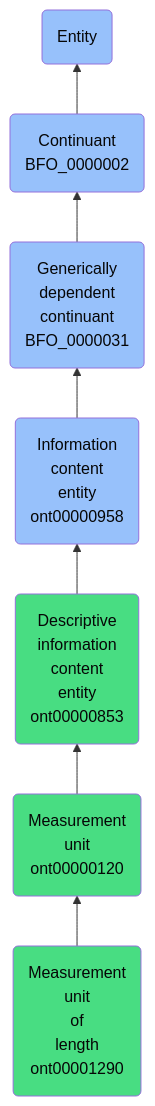
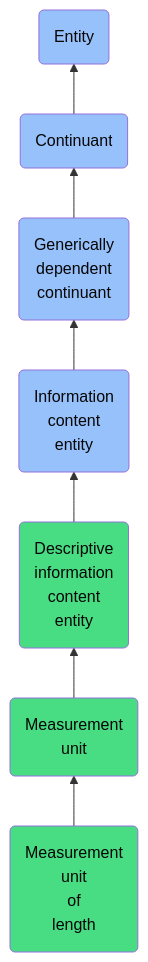
The diagram in docs/ontology/reference/model/Entity/Continuant/Generically dependent continuant/Information content entity/Descriptive information content entity/Measurement unit/Measurement unit of length/Measurement unit of length.md (jupyter-naas/abi), drawn with Mermaid before and after one commit. The commit also changed other lines of this file and 1430 other files, not shown here.

````diff
--- a/docs/ontology/reference/model/Entity/Continuant/Generically dependent continuant/Information content entity/Descriptive information content entity/Measurement unit/Measurement unit of length/Measurement unit of length.md
+++ b/docs/ontology/reference/model/Entity/Continuant/Generically dependent continuant/Information content entity/Descriptive information content entity/Measurement unit/Measurement unit of length/Measurement unit of length.md
@@ -24,14 +24,14 @@
 ```mermaid
 graph BT
-    ont00001290(Measurement<br>unit<br>of<br>length<br>ont00001290):::ABI-->ont00000120
-    ont00000120(Measurement<br>unit<br>ont00000120):::ABI-->ont00000853
-    ont00000853(Descriptive<br>information<br>content<br>entity<br>ont00000853):::ABI-->ont00000958
-    ont00000958(Information<br>content<br>entity<br>ont00000958):::BFO-->BFO_0000031
-    BFO_0000031(Generically<br>dependent<br>continuant<br>BFO_0000031):::BFO-->BFO_0000002
-    BFO_0000002(Continuant<br>BFO_0000002):::BFO-->BFO_0000001
+    ont00001290(Measurement<br>unit<br>of<br>length):::ABI-->ont00000120
+    ont00000120(Measurement<br>unit):::ABI-->ont00000853
+    ont00000853(Descriptive<br>information<br>content<br>entity):::ABI-->ont00000958
+    ont00000958(Information<br>content<br>entity):::BFO-->BFO_0000031
+    BFO_0000031(Generically<br>dependent<br>continuant):::BFO-->BFO_0000002
+    BFO_0000002(Continuant):::BFO-->BFO_0000001
     BFO_0000001(Entity):::BFO
     
     classDef BFO fill:#97c1fb,color:#060606
     classDef CCO fill:#e4c51e,color:#060606
     classDef ABI fill:#48DD82,color:#060606
 ```
````
